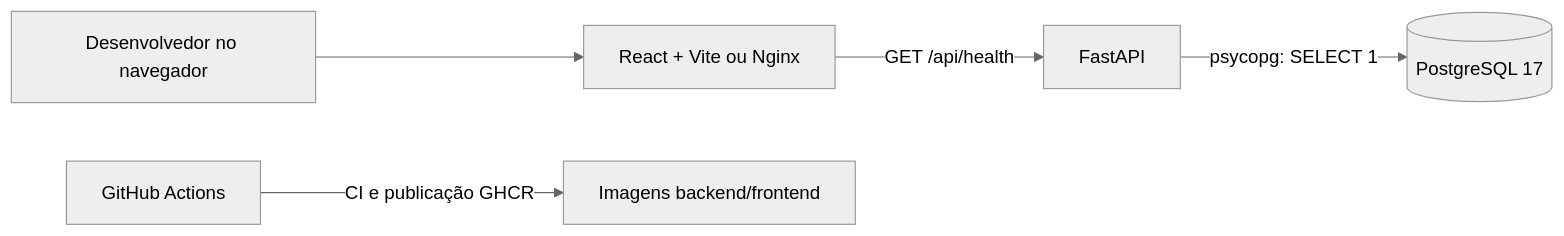
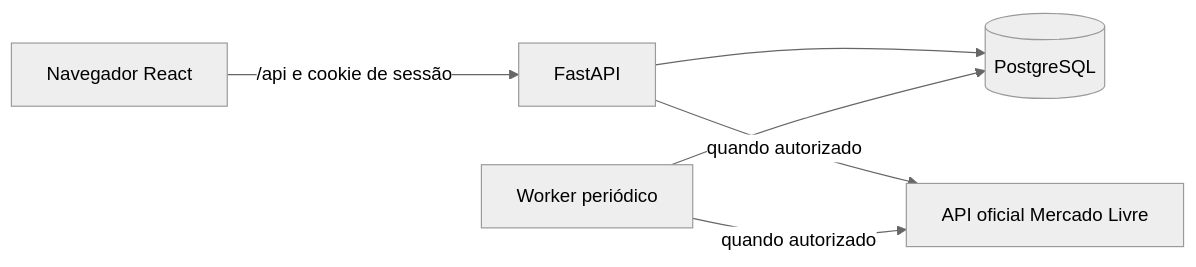
The diagram in docs/architecture.md (SamiaLuvanice/bestprice), drawn with Mermaid (neutral theme) before and after one commit. The commit also changed other lines of this file and 8 other files, not shown here.

First line of the commit message:
docs(project): sincroniza onboarding com monitoramento Mercado Livre

````diff
--- a/docs/architecture.md
+++ b/docs/architecture.md
@@ -9,7 +7,8 @@
 ```mermaid
 graph LR
-  User[Desenvolvedor no navegador] --> SPA[React + Vite ou Nginx]
-  SPA -->|GET /api/health| API[FastAPI]
-  API -->|psycopg: SELECT 1| DB[(PostgreSQL 17)]
-  GH[GitHub Actions] -->|CI e publicação GHCR| Artifacts[Imagens backend/frontend]
+  Browser[Navegador React] -->|/api e cookie de sessão| API[FastAPI]
+  API --> DB[(PostgreSQL)]
+  Worker[Worker periódico] --> DB
+  API -->|quando autorizado| ML[API oficial Mercado Livre]
+  Worker -->|quando autorizado| ML
 ```
````
